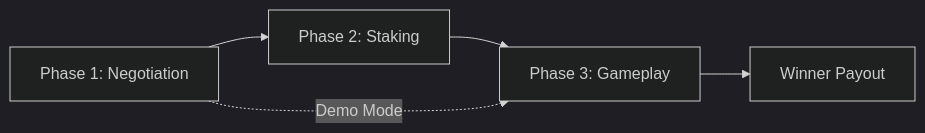
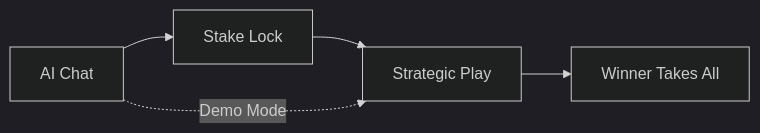
The first of 2 diagrams in README.md (mrarejimmyz/QuadraX), drawn with Mermaid (dark theme) before and after one commit. The commit also changed other lines of this file and 15 other files, not shown here.

First line of the commit message:
feat: Implement MeTTa Knowledge Graph Integration and uAgent Framework

````diff
--- a/README.md
+++ b/README.md
@@ -50,7 +133,7 @@
 ```mermaid
 graph LR
-    A[Phase 1: Negotiation] --> B[Phase 2: Staking]
-    B --> C[Phase 3: Gameplay]
-    C --> D[Winner Payout]
-    A -.Demo Mode.-> C
+    A[ AI Chat] --> B[ Stake Lock]
+    B --> C[ Strategic Play]
+    C --> D[ Winner Takes All]
+    A -. Demo Mode.-> C
 ```
````
